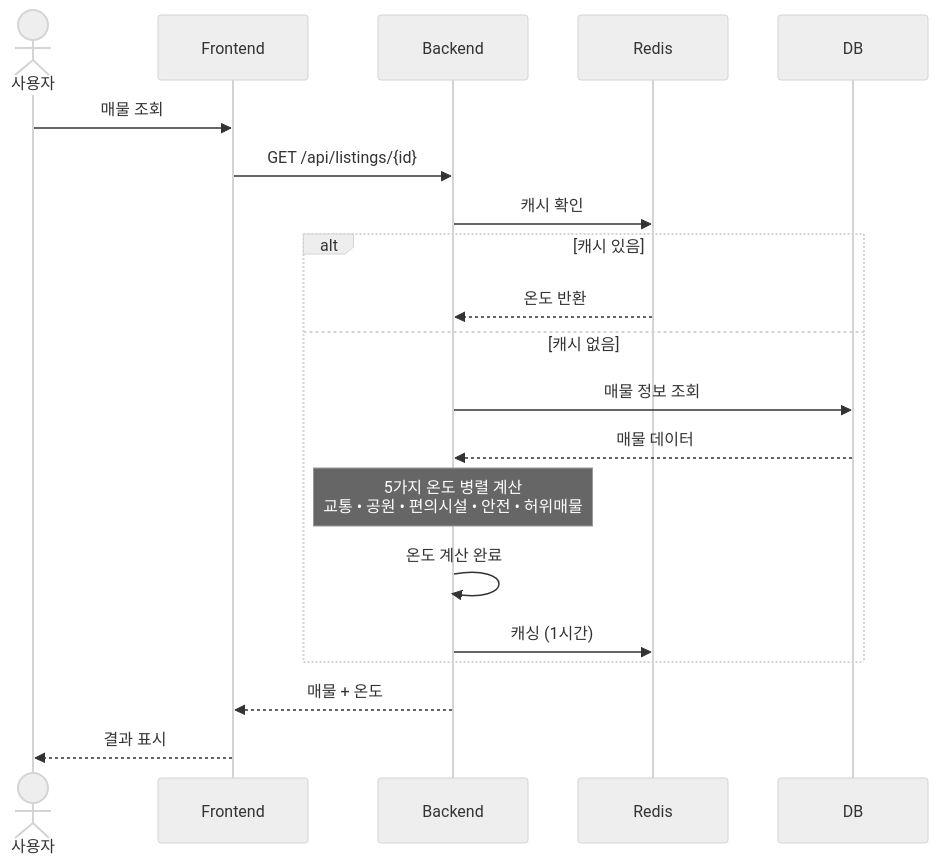
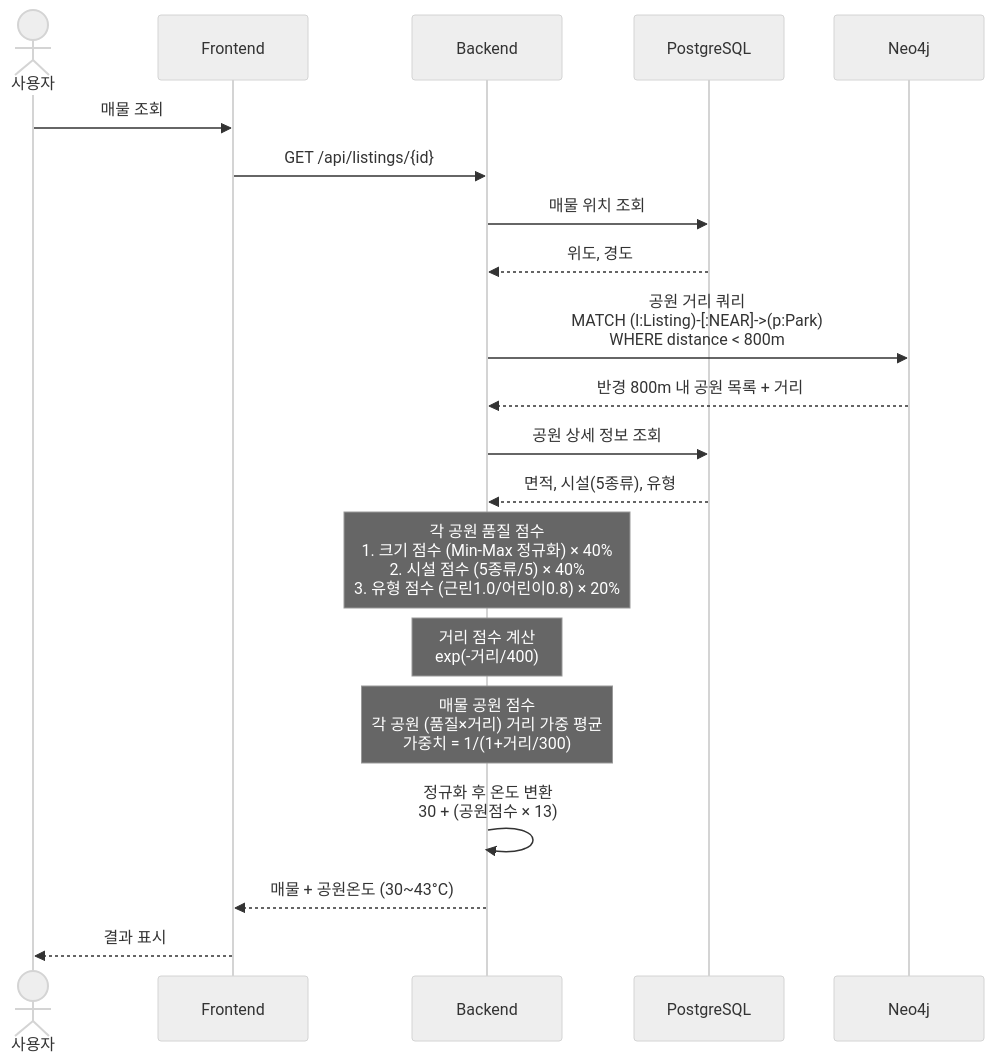
The third of 8 diagrams in docs/Architecture_Diagrams.md (eunjeong0911/Property-recommend), drawn with Mermaid (neutral theme) before and after one commit. The commit also changed other lines of this file and 4 other files, not shown here.

````diff
--- a/docs/Architecture_Diagrams.md
+++ b/docs/Architecture_Diagrams.md
@@ -194,28 +107,31 @@
 ```mermaid
 sequenceDiagram
     actor User as 사용자
     participant FE as Frontend
     participant BE as Backend
-    participant Cache as Redis
-    participant DB as DB
+    participant DB as PostgreSQL
+    participant Neo4j as Neo4j
     
     User->>FE: 매물 조회
     FE->>BE: GET /api/listings/{id}
     
-    BE->>Cache: 캐시 확인
+    BE->>DB: 매물 위치 조회
+    DB-->>BE: 위도, 경도
     
-    alt 캐시 있음
-        Cache-->>BE: 온도 반환
-    else 캐시 없음
-        BE->>DB: 매물 정보 조회
-        DB-->>BE: 매물 데이터
-        
-        Note over BE: 5가지 온도 병렬 계산<br/>교통 • 공원 • 편의시설 • 안전 • 허위매물
-        BE->>BE: 온도 계산 완료
-        
-        BE->>Cache: 캐싱 (1시간)
-    end
+    BE->>Neo4j: 공원 거리 쿼리<br/>MATCH (l:Listing)-[:NEAR]->(p:Park)<br/>WHERE distance < 800m
+    Neo4j-->>BE: 반경 800m 내 공원 목록 + 거리
     
-    BE-->>FE: 매물 + 온도
+    BE->>DB: 공원 상세 정보 조회
+    DB-->>BE: 면적, 시설(5종류), 유형
+    
+    Note over BE: 각 공원 품질 점수<br/>1. 크기 점수 (Min-Max 정규화) × 40%<br/>2. 시설 점수 (5종류/5) × 40%<br/>3. 유형 점수 (근린1.0/어린이0.8) × 20%
+    
+    Note over BE: 거리 점수 계산<br/>exp(-거리/400)
+    
+    Note over BE: 매물 공원 점수<br/>각 공원 (품질×거리) 거리 가중 평균<br/>가중치 = 1/(1+거리/300)
+    
+    BE->>BE: 정규화 후 온도 변환<br/>30 + (공원점수 × 13)
+    
+    BE-->>FE: 매물 + 공원온도 (30~43°C)
     FE-->>User: 결과 표시
 ```
````
